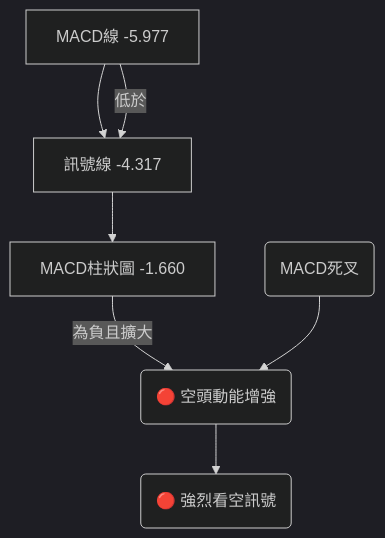
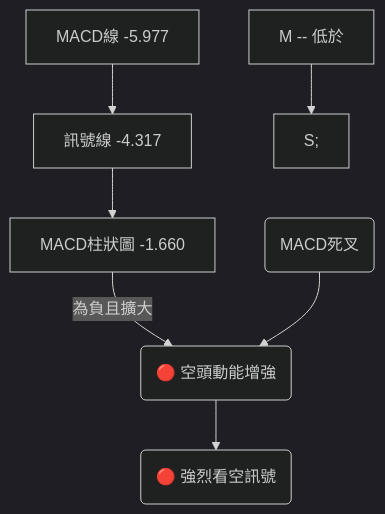
The seventh of 7 diagrams in ai_gen_report/stock/amzn/technical_analysis_2026-06-24_gemini.md (yennanliu/finance_data), drawn with Mermaid (dark theme) before and after one commit. The commit also changed other lines of this file and 2258 other files, not shown here.

First line of the commit message:
chore: backfill Mermaid syntax repair across existing reports

````diff
--- a/ai_gen_report/stock/amzn/technical_analysis_2026-06-24_gemini.md
+++ b/ai_gen_report/stock/amzn/technical_analysis_2026-06-24_gemini.md
@@ -488,11 +488,11 @@
 ```mermaid
 graph TD
-    M[MACD線 -5.977] --> S[訊號線 -4.317];
-    S --> H[MACD柱狀圖 -1.660];
+    M["MACD線 -5.977"] --> S["訊號線 -4.317"];
+    S --> H["MACD柱狀圖 -1.660"];
 
-    M -- 低於 --> S;
-    H -- 為負且擴大 --> H_Trend(🔴 空頭動能增強);
+    nb1["M -- 低於"] --> nb2["S;"]
+    H -- 為負且擴大 --> H_Trend("🔴 空頭動能增強");
 
-    M_Cross(MACD死叉) --> H_Trend;
-    H_Trend --> Conclusion(🔴 強烈看空訊號);
+    M_Cross("MACD死叉") --> H_Trend;
+    H_Trend --> Conclusion("🔴 強烈看空訊號");
 ```
````
